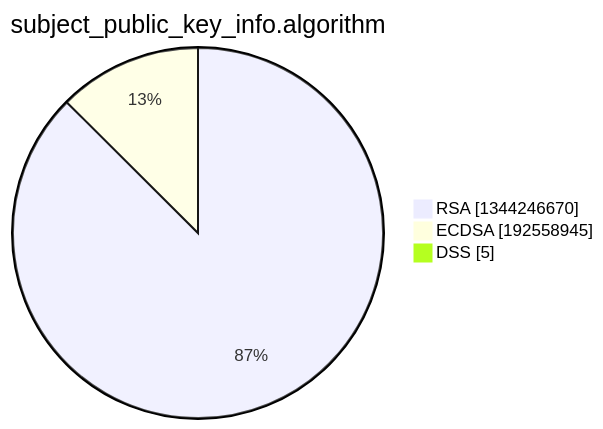
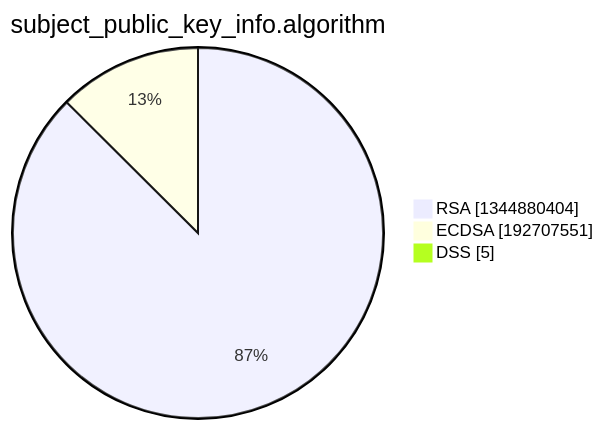
Before and after one commit to christiankrug/ctmonitor_visualization: the third of 15 diagrams in xenon2022/README.md, drawn with Mermaid. The commit also changed other lines of this file, not shown here.

````diff
--- a/xenon2022/README.md
+++ b/xenon2022/README.md
@@ -14,7 +14,7 @@
 ```mermaid
 pie showData
 title subject_public_key_info.algorithm
-"RSA" :1344246670
-"ECDSA" :192558945
+"RSA" :1344880404
+"ECDSA" :192707551
 "DSS" :5
 ```
````
